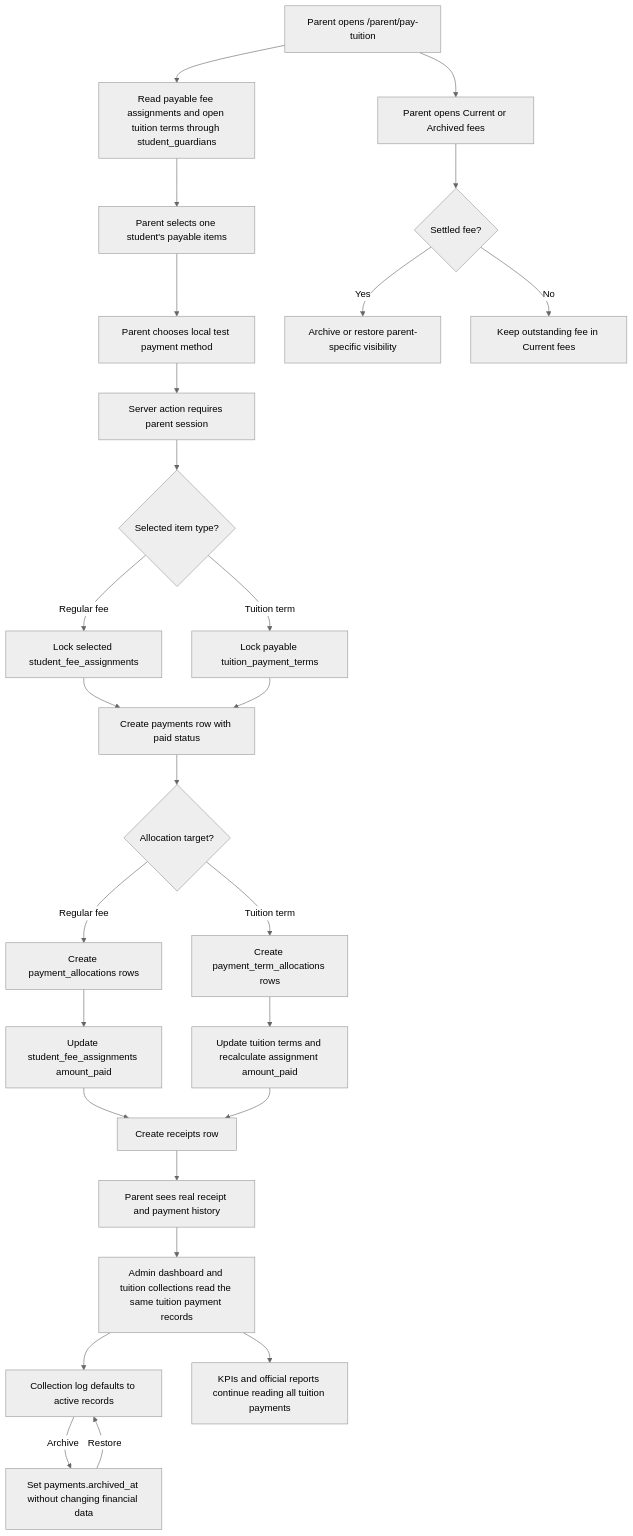
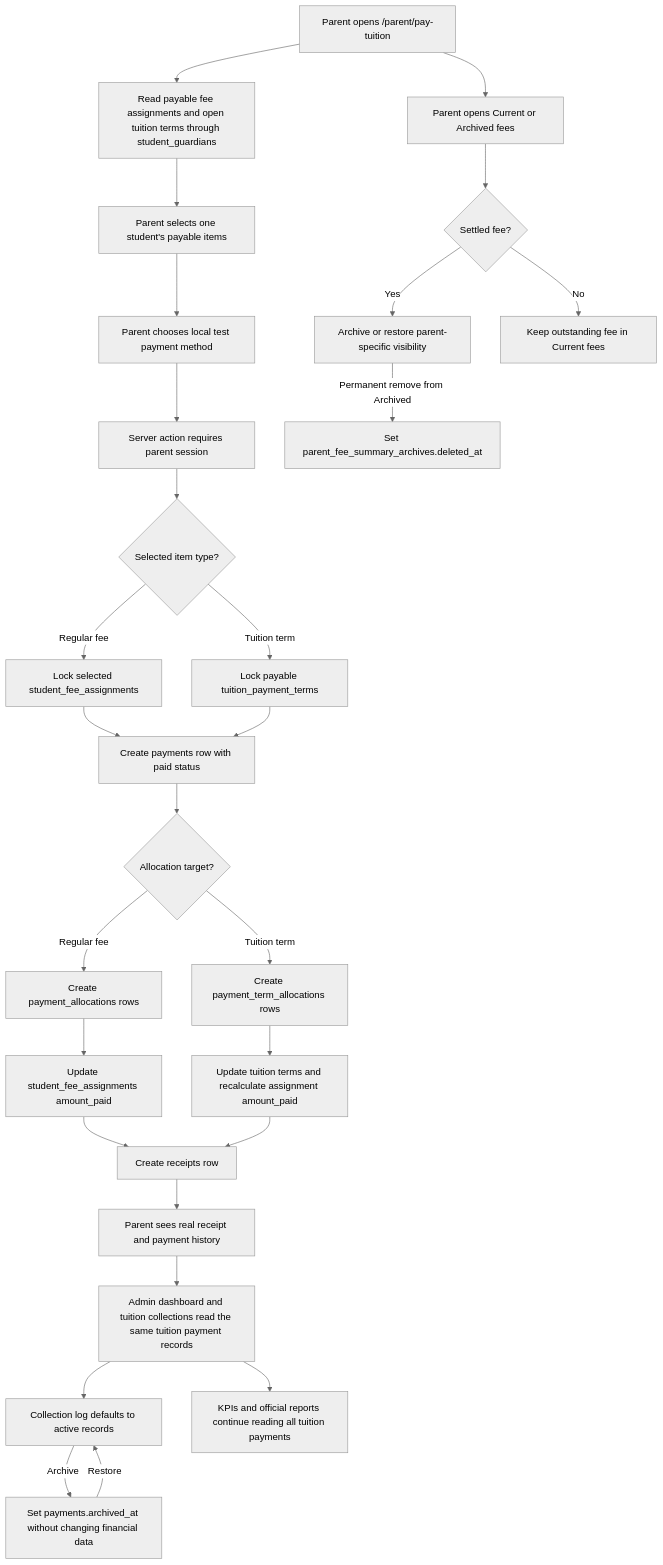
Diagram 18 of 22 in docs/PROJECT_FLOWCHARTS.md (Xeyn19/xmetapay), drawn with Mermaid (neutral theme) before and after one commit. The commit also changed other lines of this file and 15 other files, not shown here.

````diff
--- a/docs/PROJECT_FLOWCHARTS.md
+++ b/docs/PROJECT_FLOWCHARTS.md
@@ -591,29 +591,30 @@
 ```mermaid
 flowchart TD
   A["Parent opens /parent/pay-tuition"] --> B["Read payable fee assignments and open tuition terms through student_guardians"]
   B --> C["Parent selects one student's payable items"]
   C --> D["Parent chooses local test payment method"]
   D --> E["Server action requires parent session"]
   E --> F{"Selected item type?"}
   F -->|Regular fee| G["Lock selected student_fee_assignments"]
   F -->|Tuition term| H["Lock payable tuition_payment_terms"]
   G --> I["Create payments row with paid status"]
   H --> I
   I --> J{"Allocation target?"}
   J -->|Regular fee| K["Create payment_allocations rows"]
   J -->|Tuition term| L["Create payment_term_allocations rows"]
   K --> M["Update student_fee_assignments amount_paid"]
   L --> N["Update tuition terms and recalculate assignment amount_paid"]
   M --> O["Create receipts row"]
   N --> O
   O --> P["Parent sees real receipt and payment history"]
   P --> Q["Admin dashboard and tuition collections read the same tuition payment records"]
   Q --> R["Collection log defaults to active records"]
   R -->|Archive| S["Set payments.archived_at without changing financial data"]
   S -->|Restore| R
   Q --> T["KPIs and official reports continue reading all tuition payments"]
   A --> U["Parent opens Current or Archived fees"]
   U --> V{"Settled fee?"}
   V -->|Yes| W["Archive or restore parent-specific visibility"]
+  W -->|Permanent remove from Archived| Y["Set parent_fee_summary_archives.deleted_at"]
   V -->|No| X["Keep outstanding fee in Current fees"]
 ```
````
